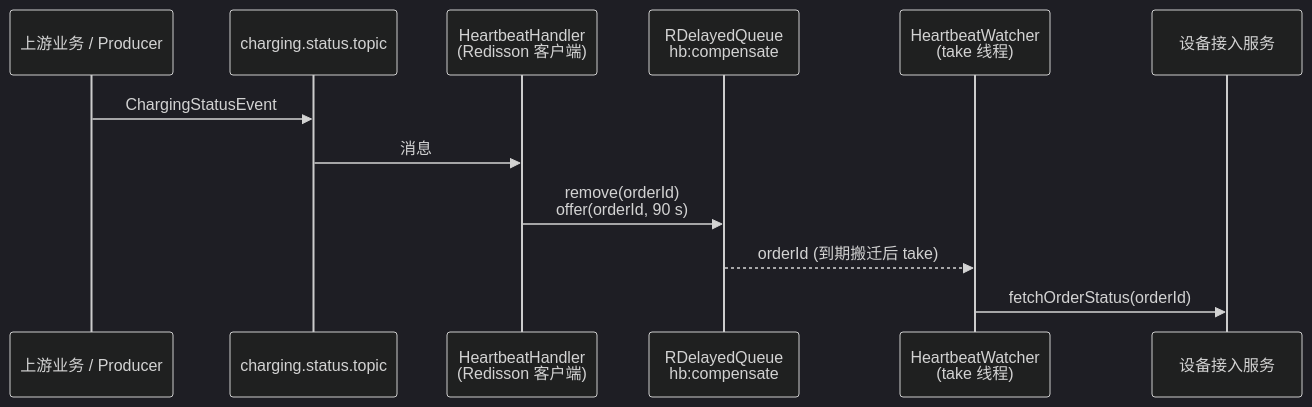
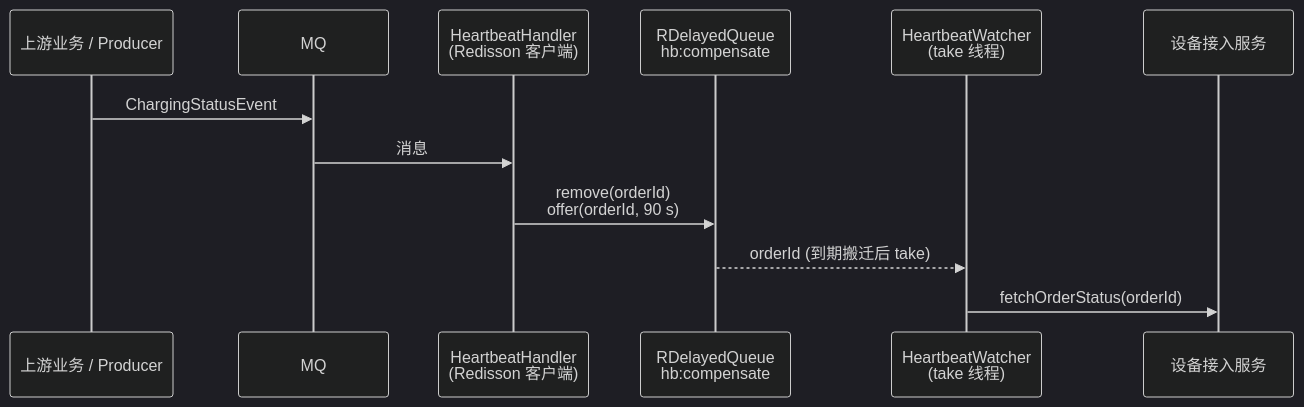
The diagram in _posts/2025-07-10-HeartbeatMonitoringBasedonRedissonDelayedQueue.md (Lysssyo/Lysssyo.github.io), drawn with Mermaid (dark theme) before and after one commit. The commit also changed other lines of this file, not shown here.

````diff
--- a/_posts/2025-07-10-HeartbeatMonitoringBasedonRedissonDelayedQueue.md
+++ b/_posts/2025-07-10-HeartbeatMonitoringBasedonRedissonDelayedQueue.md
@@ -15,23 +15,23 @@
 ```mermaid
 sequenceDiagram
 
     %%--- 参与者 ---
     participant Upstream as 上游业务 / Producer
-    participant MQ as charging.status.topic
+    participant MQ
     participant HBHandler as HeartbeatHandler<br/>(Redisson 客户端)
     participant RDelay as RDelayedQueue<br/>hb:compensate
     participant HBWatcher as HeartbeatWatcher<br/>(take 线程)
     participant Access as 设备接入服务
 
     %%--- 1. 上游推送心跳 ---
     Upstream ->> MQ: ChargingStatusEvent
 
     %%--- 2. 消费者续期 ---
     MQ ->> HBHandler: 消息
     HBHandler ->> RDelay: remove(orderId)<br/>offer(orderId, 90 s)
 
     %%--- 3. 心跳超时触发补偿 ---
     RDelay -->> HBWatcher: orderId (到期搬迁后 take)
     HBWatcher ->> Access: fetchOrderStatus(orderId)
 
 ```
````
